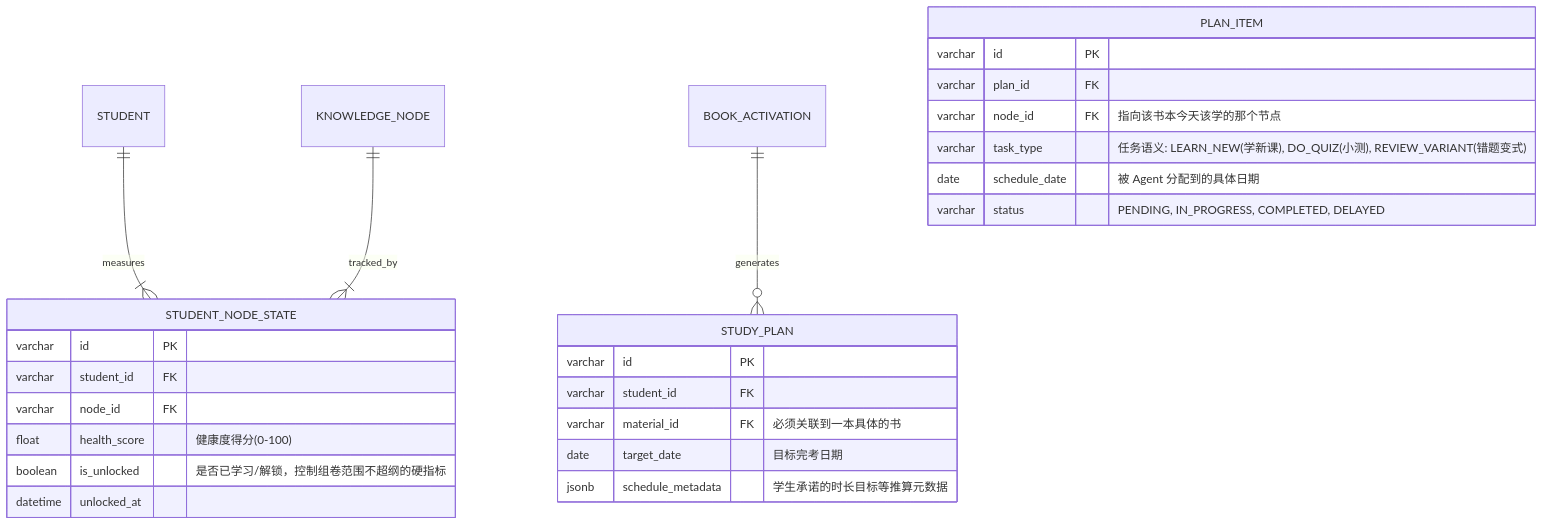
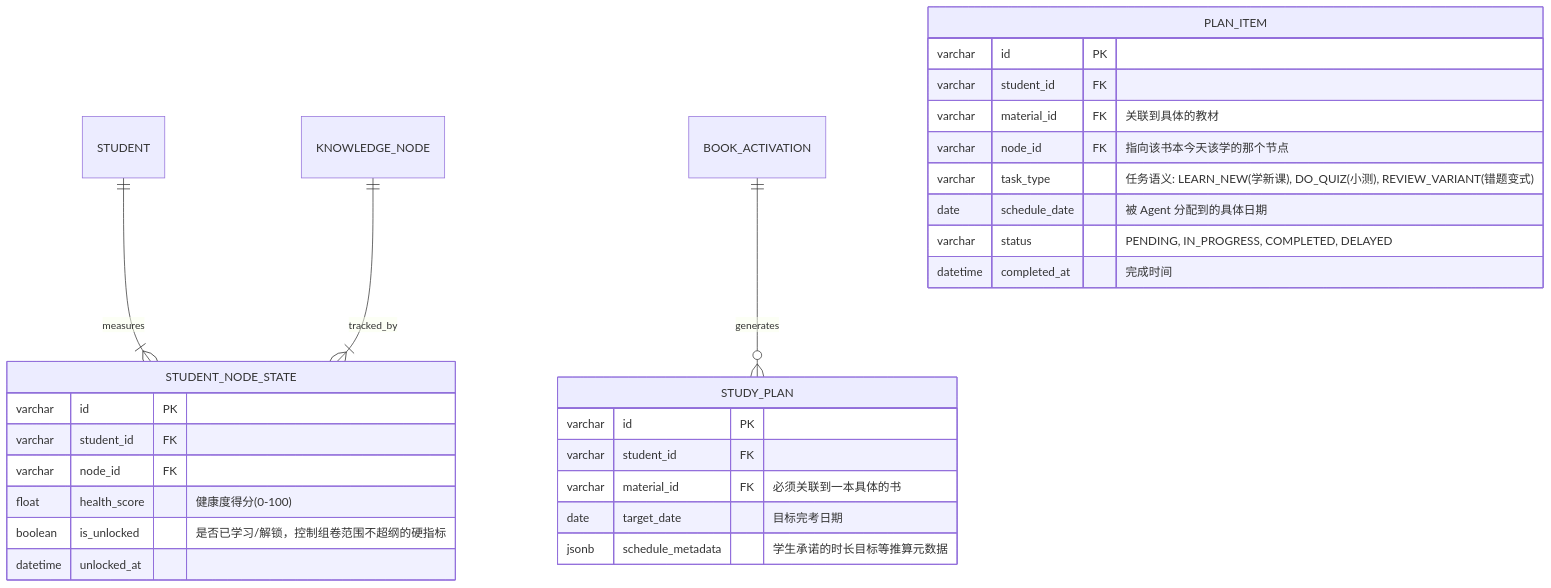
Before and after one commit to GuoMaoFei/jiaoyu: the fifth of 8 diagrams in docs/TreeEdu_DatabaseSchema.md, drawn with Mermaid. The commit also changed other lines of this file and 42 other files, not shown here.

````diff
--- a/docs/TreeEdu_DatabaseSchema.md
+++ b/docs/TreeEdu_DatabaseSchema.md
@@ -216,32 +216,34 @@
 ```mermaid
 erDiagram
     STUDENT ||--|{ STUDENT_NODE_STATE : measures
     KNOWLEDGE_NODE ||--|{ STUDENT_NODE_STATE : tracked_by
     BOOK_ACTIVATION ||--o{ STUDY_PLAN : generates
 
     STUDENT_NODE_STATE {
         varchar id PK
         varchar student_id FK
         varchar node_id FK
         float health_score "健康度得分(0-100)"
         boolean is_unlocked "是否已学习/解锁，控制组卷范围不超纲的硬指标"
         datetime unlocked_at
     }
 
     STUDY_PLAN {
         varchar id PK
         varchar student_id FK
         varchar material_id FK "必须关联到一本具体的书"
         date target_date "目标完考日期"
         jsonb schedule_metadata "学生承诺的时长目标等推算元数据"
     }
 
     PLAN_ITEM {
         varchar id PK
-        varchar plan_id FK
+        varchar student_id FK
+        varchar material_id FK "关联到具体的教材"
         varchar node_id FK "指向该书本今天该学的那个节点"
         varchar task_type "任务语义: LEARN_NEW(学新课), DO_QUIZ(小测), REVIEW_VARIANT(错题变式)"
         date schedule_date "被 Agent 分配到的具体日期"
         varchar status "PENDING, IN_PROGRESS, COMPLETED, DELAYED"
+        datetime completed_at "完成时间"
     }
 ```
````
